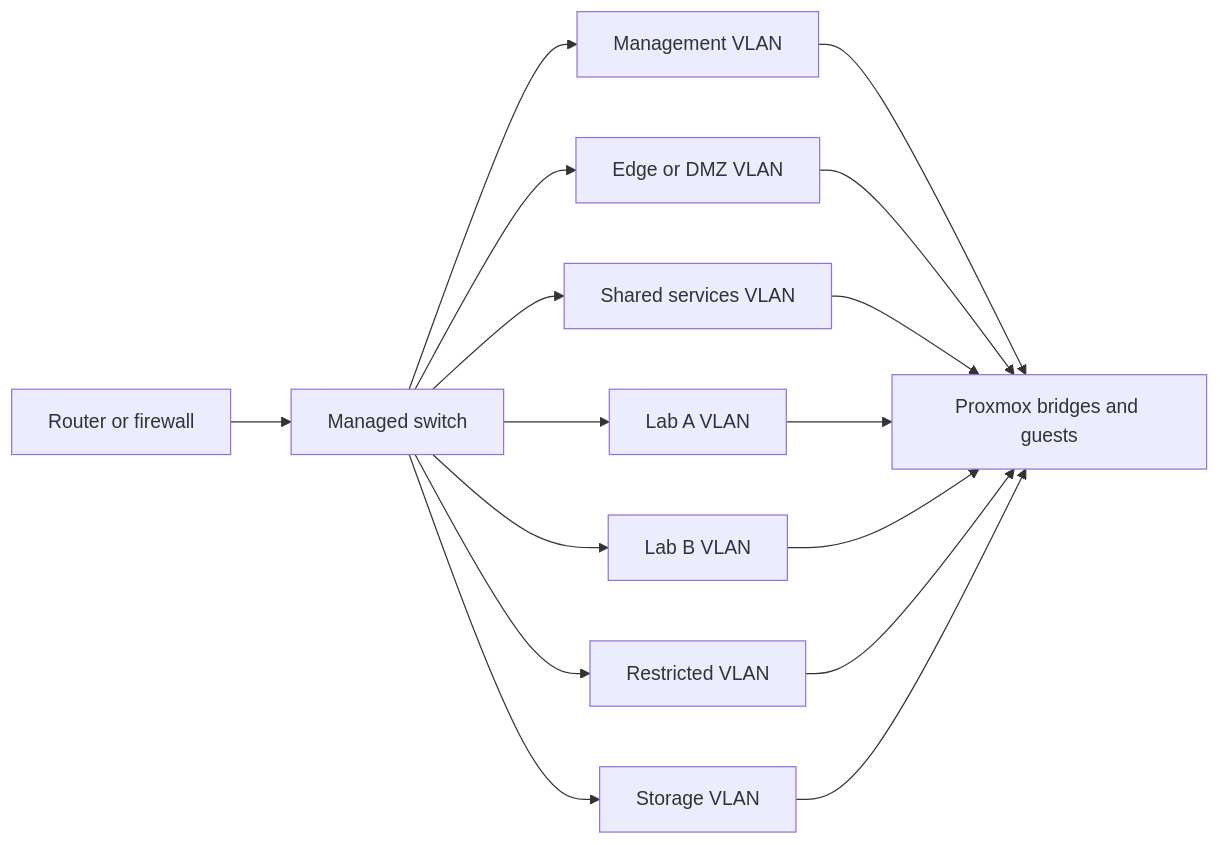
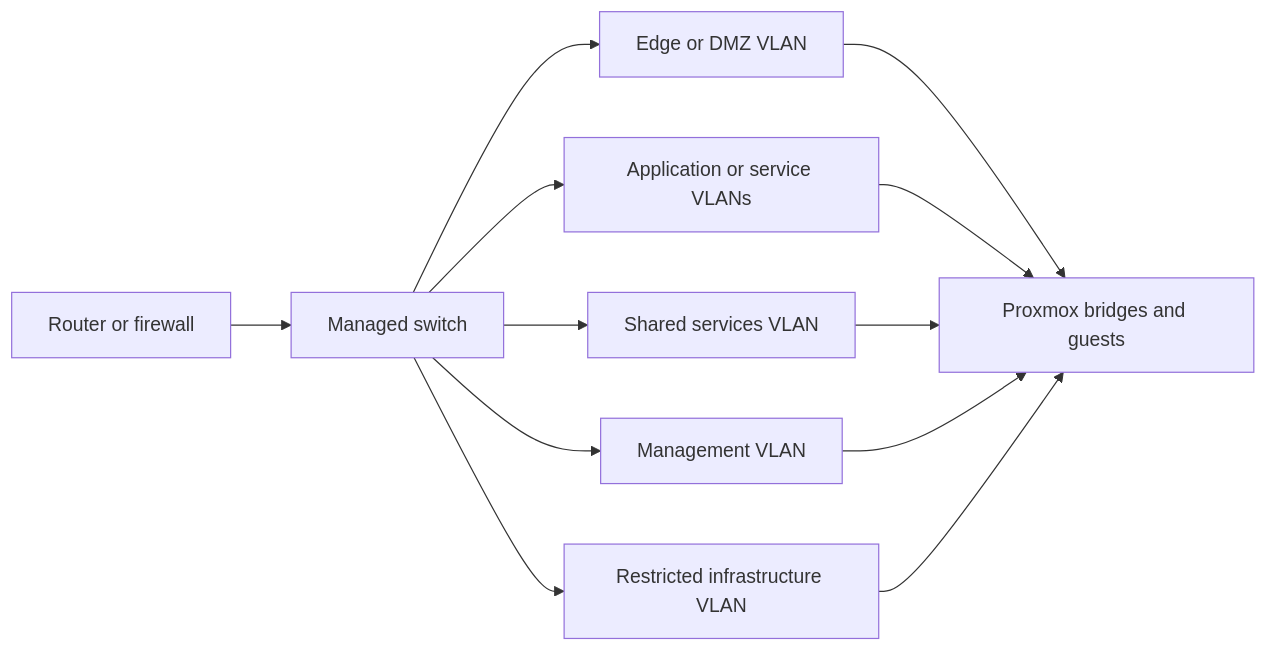
Before and after one commit to Rexus/homelab: the diagram in platforms/proxmox/network-prerequisites.md, drawn with Mermaid. The commit also changed other lines of this file and 31 other files, not shown here.

Commit message:
feat(bootstrap): add vault foundation and generic EL template flow

````diff
--- a/platforms/proxmox/network-prerequisites.md
+++ b/platforms/proxmox/network-prerequisites.md
@@ -37,29 +37,23 @@
 ```mermaid
 flowchart LR
     Router[Router or firewall]
     Switch[Managed switch]
+    Edge[Edge or DMZ VLAN]
+    App[Application or service VLANs]
+    Shared[Shared services VLAN]
     Mgmt[Management VLAN]
-    Edge[Edge or DMZ VLAN]
-    Shared[Shared services VLAN]
-    LabA[Lab A VLAN]
-    LabB[Lab B VLAN]
-    Secure[Restricted VLAN]
-    Storage[Storage VLAN]
+    Restricted[Restricted infrastructure VLAN]
     Proxmox[Proxmox bridges and guests]
 
     Router --> Switch
+    Switch --> Edge
+    Switch --> App
+    Switch --> Shared
     Switch --> Mgmt
-    Switch --> Edge
-    Switch --> Shared
-    Switch --> LabA
-    Switch --> LabB
-    Switch --> Secure
-    Switch --> Storage
+    Switch --> Restricted
+    Edge --> Proxmox
+    App --> Proxmox
+    Shared --> Proxmox
     Mgmt --> Proxmox
-    Edge --> Proxmox
-    Shared --> Proxmox
-    LabA --> Proxmox
-    LabB --> Proxmox
-    Secure --> Proxmox
-    Storage --> Proxmox
+    Restricted --> Proxmox
 ```
````
